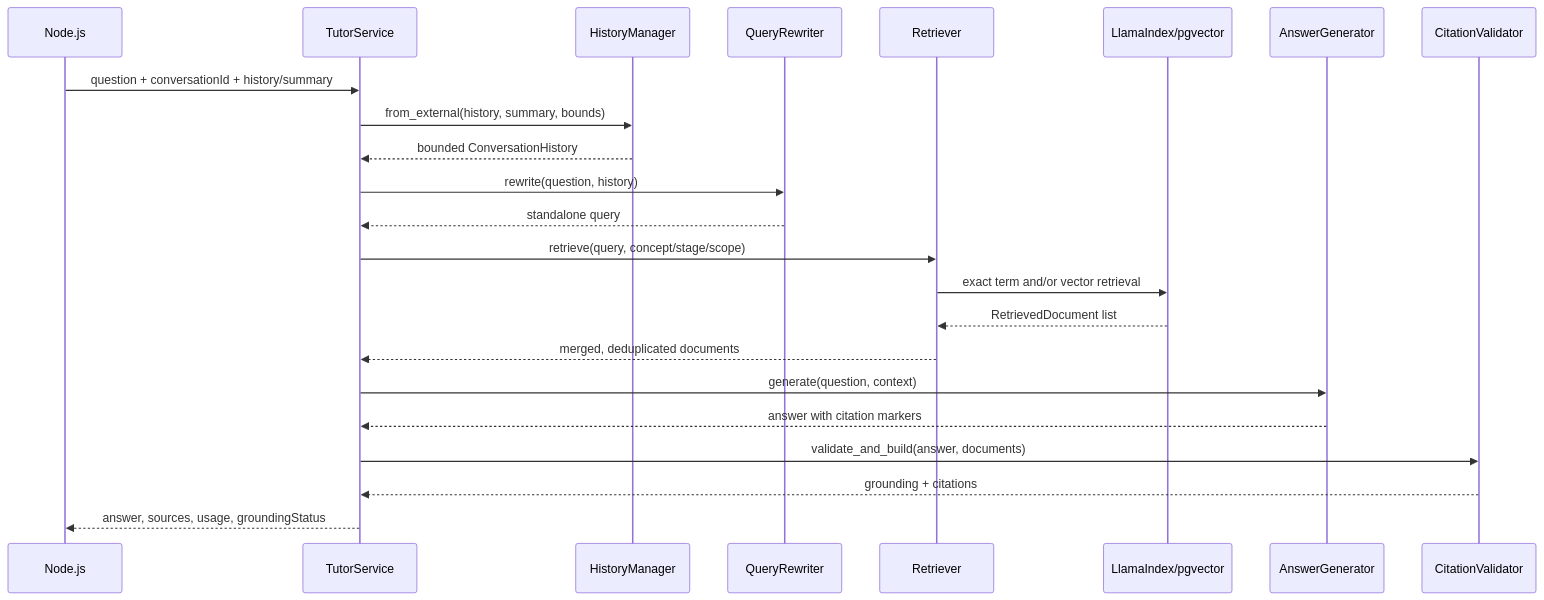
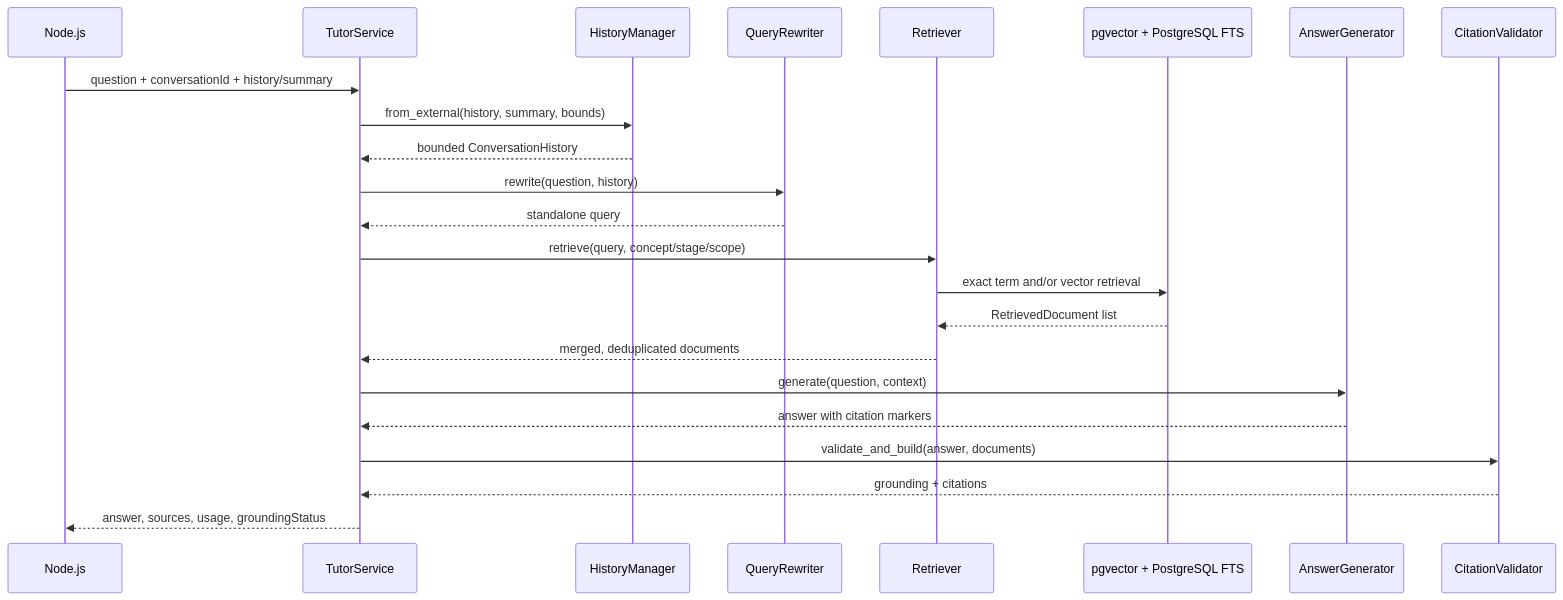
The diagram in docs/rag_pipeline.md (ProjectTeam02/ProjectTeam02_AI), drawn with Mermaid before and after one commit. The commit also changed other lines of this file and 26 other files, not shown here.

````diff
--- a/docs/rag_pipeline.md
+++ b/docs/rag_pipeline.md
@@ -5,26 +5,26 @@
 ```mermaid
 sequenceDiagram
     participant N as Node.js
     participant T as TutorService
     participant M as HistoryManager
     participant Q as QueryRewriter
     participant R as Retriever
-    participant V as LlamaIndex/pgvector
+    participant V as pgvector + PostgreSQL FTS
     participant G as AnswerGenerator
     participant C as CitationValidator
 
     N->>T: question + conversationId + history/summary
     T->>M: from_external(history, summary, bounds)
     M-->>T: bounded ConversationHistory
     T->>Q: rewrite(question, history)
     Q-->>T: standalone query
     T->>R: retrieve(query, concept/stage/scope)
     R->>V: exact term and/or vector retrieval
     V-->>R: RetrievedDocument list
     R-->>T: merged, deduplicated documents
     T->>G: generate(question, context)
     G-->>T: answer with citation markers
     T->>C: validate_and_build(answer, documents)
     C-->>T: grounding + citations
     T-->>N: answer, sources, usage, groundingStatus
 ```
````
